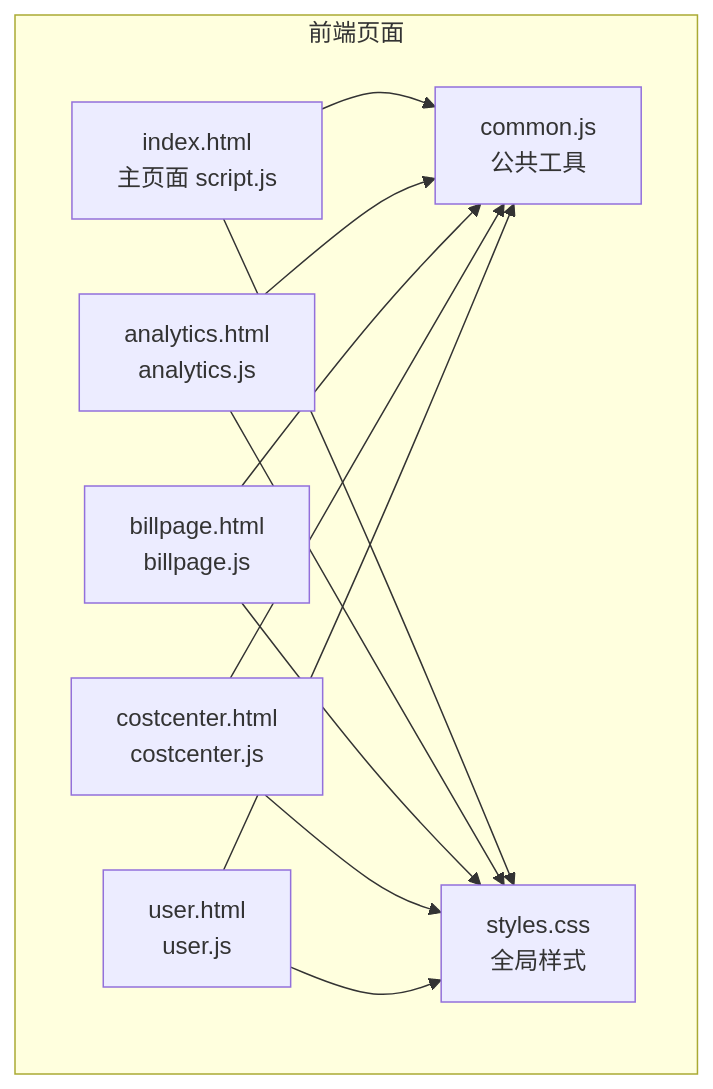
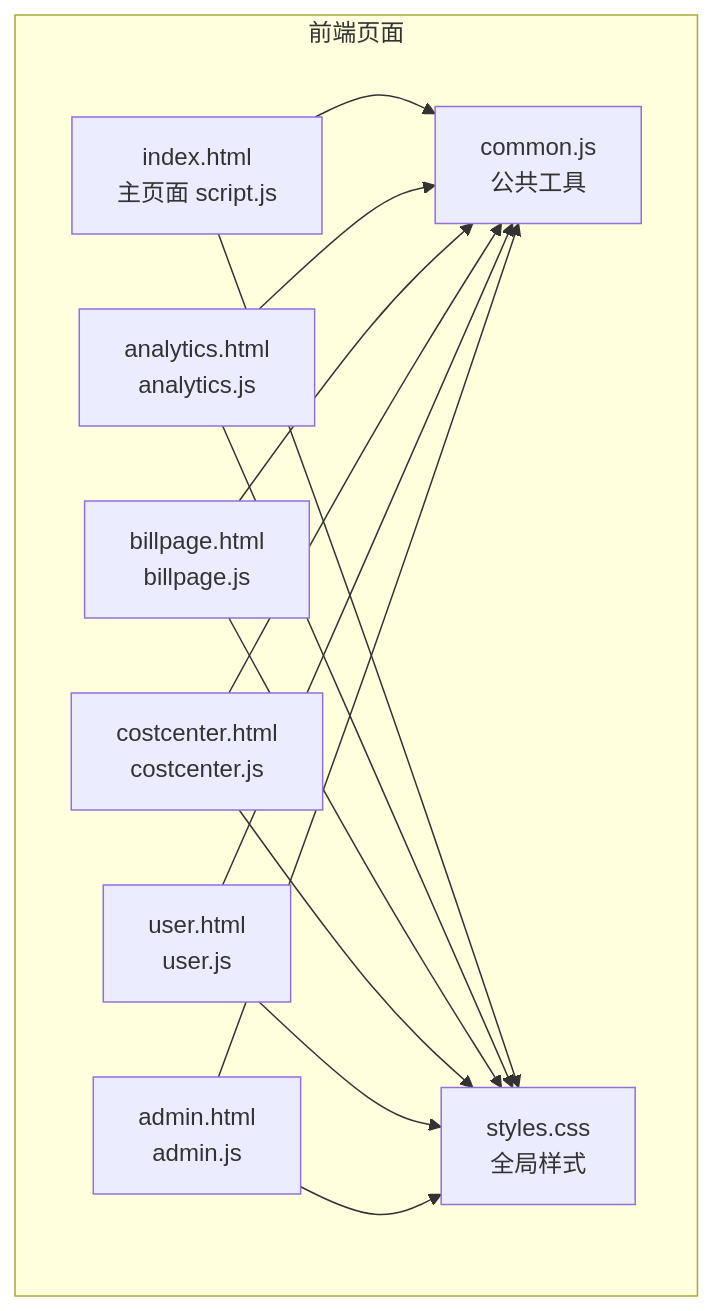
The first of 9 diagrams in .qoder/repowiki/zh/content/前端页面/前端页面.md (kissingwolf/CopilotEnterpriseUsageDisplay), drawn with Mermaid before and after one commit. The commit also changed other lines of this file and 9 other files, not shown here.

````diff
--- a/.qoder/repowiki/zh/content/前端页面/前端页面.md
+++ b/.qoder/repowiki/zh/content/前端页面/前端页面.md
@@ -41,22 +47,25 @@
 ```mermaid
 graph TB
 subgraph "前端页面"
 IDX["index.html<br/>主页面 script.js"]
 ANA["analytics.html<br/>analytics.js"]
 BILL["billpage.html<br/>billpage.js"]
 COST["costcenter.html<br/>costcenter.js"]
 USER["user.html<br/>user.js"]
+ADMIN["admin.html<br/>admin.js"]
 COM["common.js<br/>公共工具"]
 CSS["styles.css<br/>全局样式"]
 end
 IDX --> COM
 ANA --> COM
 BILL --> COM
 COST --> COM
 USER --> COM
+ADMIN --> COM
 IDX --> CSS
 ANA --> CSS
 BILL --> CSS
 COST --> CSS
 USER --> CSS
+ADMIN --> CSS
 ```
````
